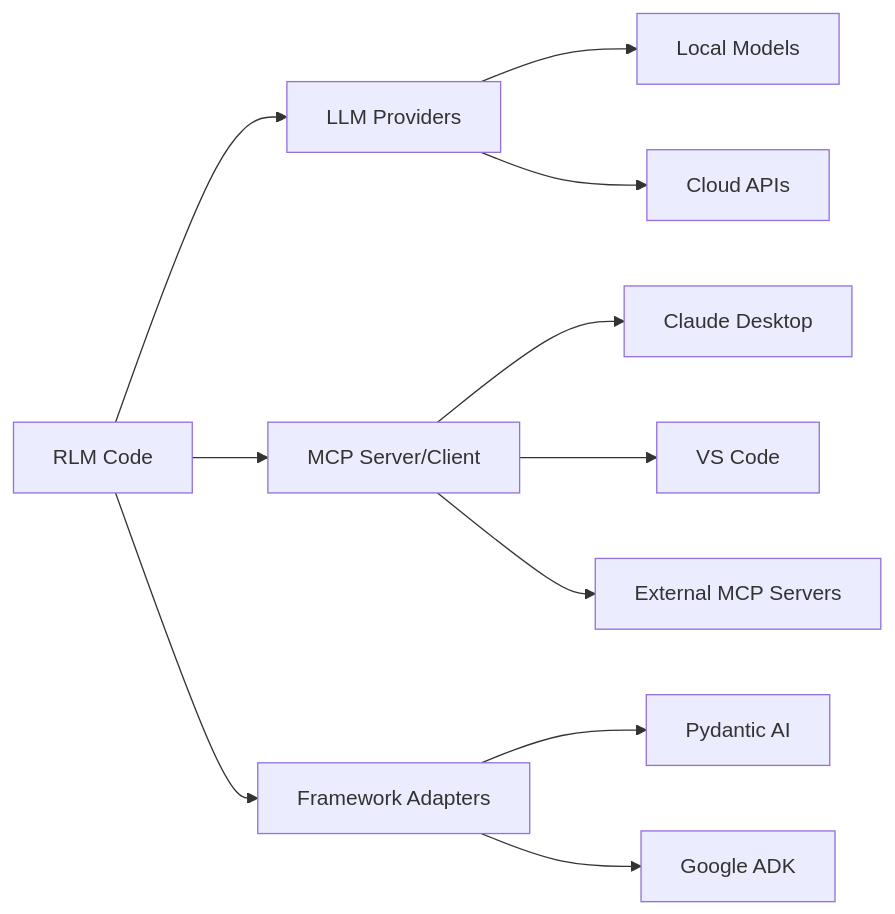
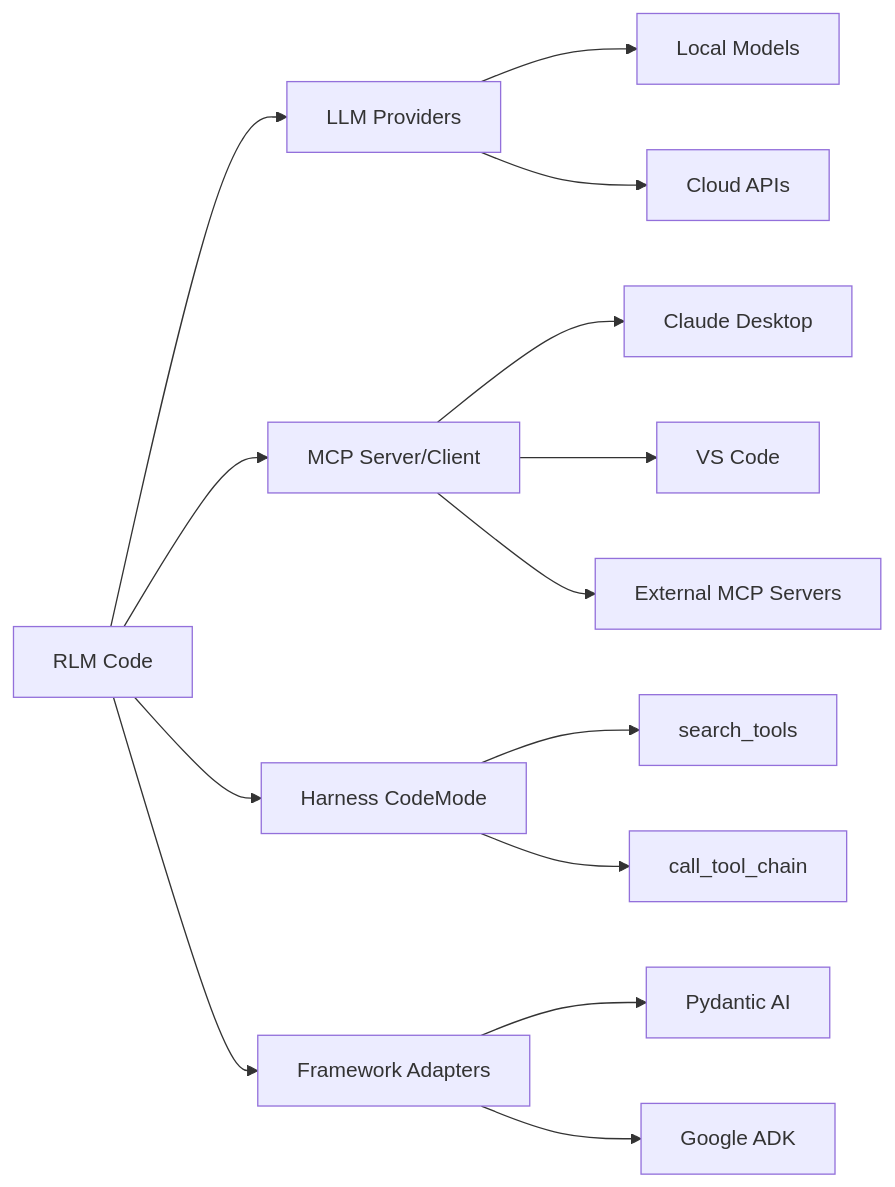
The diagram in docs/integrations/index.md (SuperagenticAI/rlm-code), drawn with Mermaid before and after one commit. The commit also changed other lines of this file and 45 other files, not shown here.

````diff
--- a/docs/integrations/index.md
+++ b/docs/integrations/index.md
@@ -12,16 +13,20 @@
 ```mermaid
 graph LR
     RLM[RLM Code] --> LLM[LLM Providers]
     RLM --> MCP[MCP Server/Client]
+    RLM --> CM[Harness CodeMode]
     RLM --> FW[Framework Adapters]
 
     LLM --> Local[Local Models]
     LLM --> Cloud[Cloud APIs]
 
     MCP --> Claude[Claude Desktop]
     MCP --> VSCode[VS Code]
     MCP --> ExtMCP[External MCP Servers]
 
+    CM --> Search[search_tools]
+    CM --> Chain[call_tool_chain]
+
     FW --> PydAI[Pydantic AI]
     FW --> ADK[Google ADK]
 ```
````
